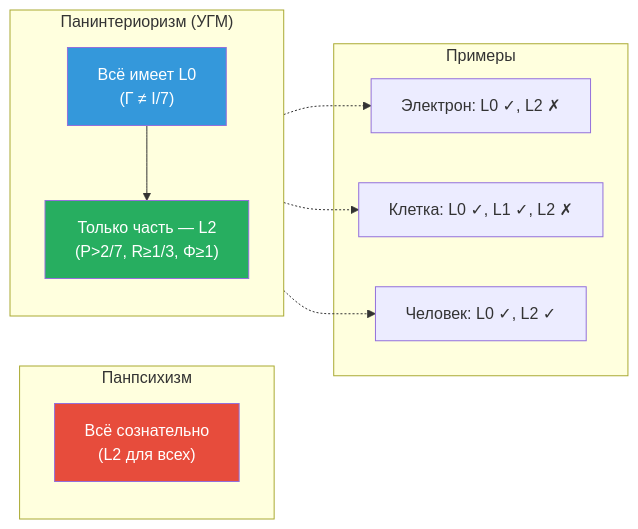
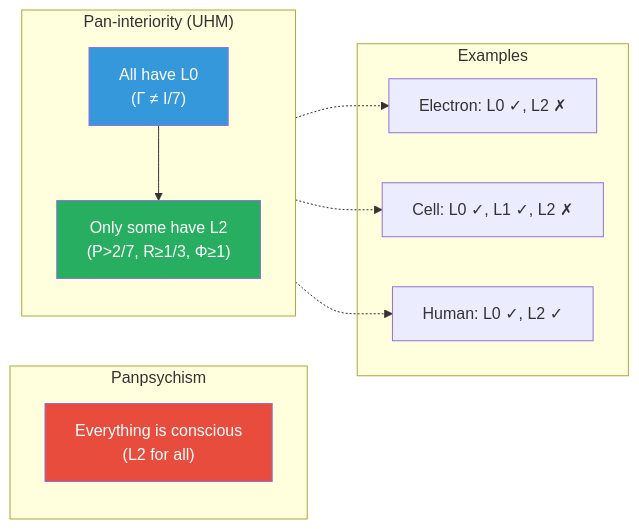
Before and after one commit to gst-st/uhm: the first of 2 diagrams in website/docs/consciousness/comparative/panpsychism-analysis.md, drawn with Mermaid. The commit also changed other lines of this file and 79 other files, not shown here.

````diff
--- a/website/docs/consciousness/comparative/panpsychism-analysis.md
+++ b/website/docs/consciousness/comparative/panpsychism-analysis.md
@@ -225,28 +225,28 @@
 ```mermaid
 graph LR
-    subgraph "Панпсихизм"
+    subgraph "Panpsychism"
         direction TB
-        ALL_CONS["Всё сознательно<br/>(L2 для всех)"]
+        ALL_CONS["Everything is conscious<br/>(L2 for all)"]
     end
 
-    subgraph "Панинтериоризм (УГМ)"
+    subgraph "Pan-interiority (UHM)"
         direction TB
-        ALL_L0["Всё имеет L0<br/>(Γ ≠ I/7)"]
-        SOME_L2["Только часть — L2<br/>(P>2/7, R≥1/3, Φ≥1)"]
+        ALL_L0["All have L0<br/>(Γ ≠ I/7)"]
+        SOME_L2["Only some have L2<br/>(P>2/7, R≥1/3, Φ≥1)"]
         ALL_L0 --> SOME_L2
     end
 
-    subgraph "Примеры"
-        ELEC["Электрон: L0 ✓, L2 ✗"]
-        CELL["Клетка: L0 ✓, L1 ✓, L2 ✗"]
-        HUMAN["Человек: L0 ✓, L2 ✓"]
+    subgraph "Examples"
+        ELEC["Electron: L0 ✓, L2 ✗"]
+        CELL["Cell: L0 ✓, L1 ✓, L2 ✗"]
+        HUMAN["Human: L0 ✓, L2 ✓"]
     end
 
     ALL_L0 -.-> ELEC
     ALL_L0 -.-> CELL
     SOME_L2 -.-> HUMAN
 
     style ALL_CONS fill:#e74c3c,color:#fff
     style ALL_L0 fill:#3498db,color:#fff
     style SOME_L2 fill:#27ae60,color:#fff
 ```
````
